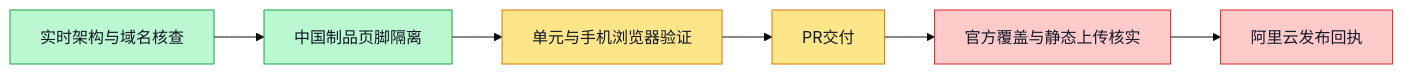
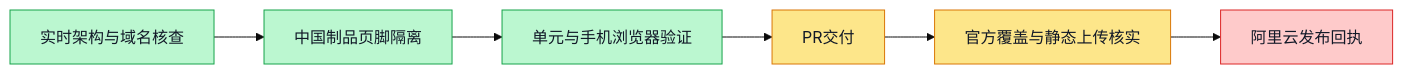
Before and after one commit to boardx/workspacex: the diagram in deploy/aliyun/home-cn-icp-release.md, drawn with Mermaid (base theme). The commit also changed other lines of this file and 5 other files, not shown here.

````diff
--- a/deploy/aliyun/home-cn-icp-release.md
+++ b/deploy/aliyun/home-cn-icp-release.md
@@ -95,17 +108,17 @@
 ```mermaid
 flowchart LR
   A[实时架构与域名核查] --> B[中国制品页脚隔离]
   B --> C[单元与手机浏览器验证]
   C --> D[PR交付]
   D --> E[官方覆盖与静态上传核实]
   E --> F[阿里云发布回执]
   classDef done fill:#bbf7d0,stroke:#16a34a,color:#111827
   classDef doing fill:#fde68a,stroke:#d97706,color:#111827
   classDef blocked fill:#fecaca,stroke:#dc2626,color:#111827
   class A done
   class B done
-  class C doing
+  class C done
   class D doing
-  class E blocked
+  class E doing
   class F blocked
 ```
````
